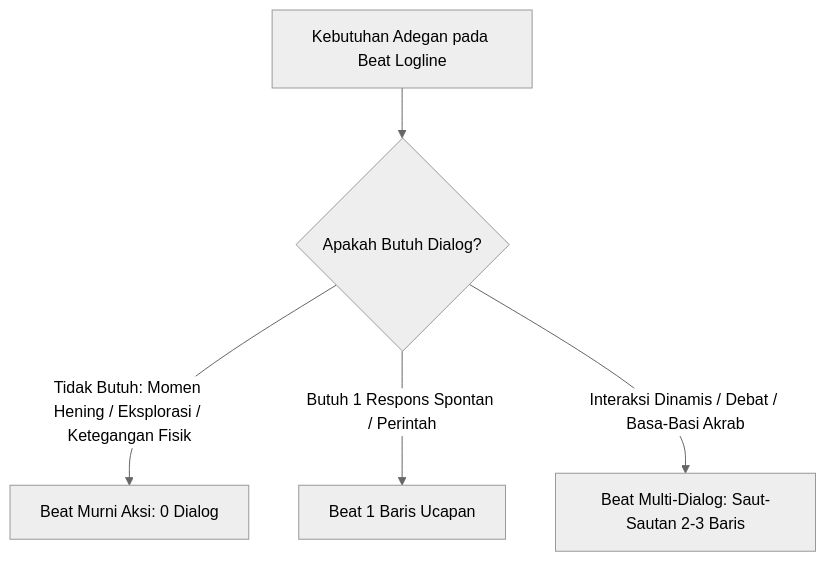
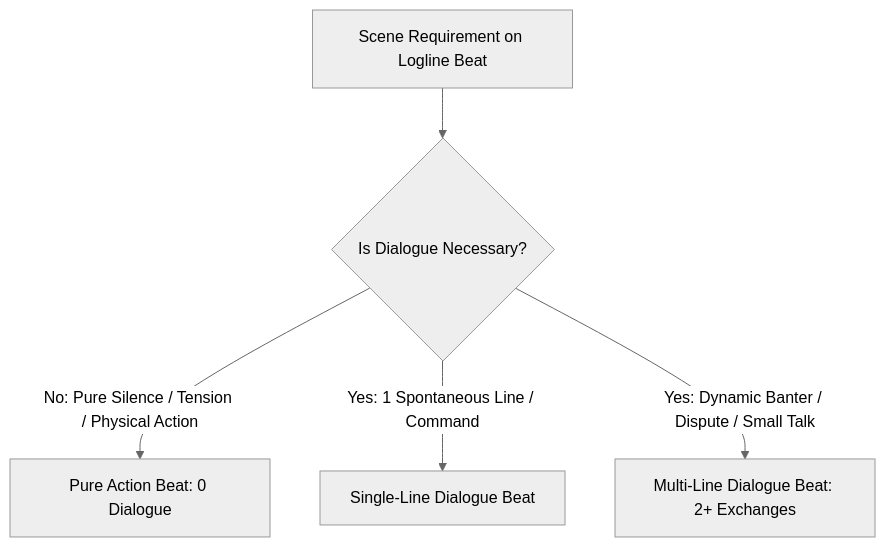
One commit to dwianggororeal/detailed-novel-agent-skill changed the diagram in dialogue_maker/DIALOGUE_SYSTEM_AND_INTEGRATION.md. Above: the diagram before and after it, drawn with Mermaid (neutral theme). The commit also changed other lines of this file and 57 other files, not shown here.

````diff
--- a/dialogue_maker/DIALOGUE_SYSTEM_AND_INTEGRATION.md
+++ b/dialogue_maker/DIALOGUE_SYSTEM_AND_INTEGRATION.md
@@ -11,7 +11,7 @@
 ```mermaid
 graph TD
-    A[Kebutuhan Adegan pada Beat Logline] --> B{Apakah Butuh Dialog?}
-    B -->|Tidak Butuh: Momen Hening / Eksplorasi / Ketegangan Fisik| C[Beat Murni Aksi: 0 Dialog]
-    B -->|Butuh 1 Respons Spontan / Perintah| D[Beat 1 Baris Ucapan]
-    B -->|Interaksi Dinamis / Debat / Basa-Basi Akrab| E[Beat Multi-Dialog: Saut-Sautan 2-3 Baris]
+    A[Scene Requirement on Logline Beat] --> B{Is Dialogue Necessary?}
+    B -->|No: Pure Silence / Tension / Physical Action| C[Pure Action Beat: 0 Dialogue]
+    B -->|Yes: 1 Spontaneous Line / Command| D[Single-Line Dialogue Beat]
+    B -->|Yes: Dynamic Banter / Dispute / Small Talk| E[Multi-Line Dialogue Beat: 2+ Exchanges]
 ```
````
